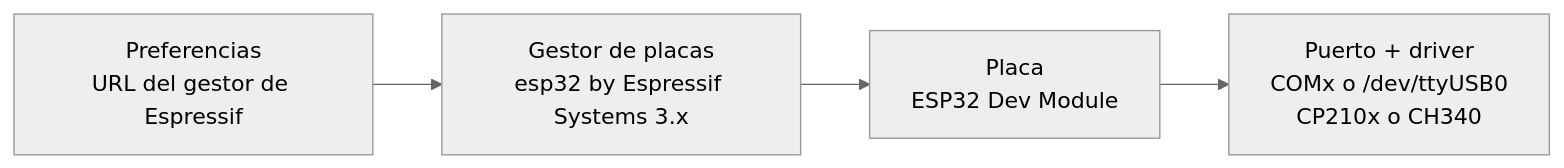
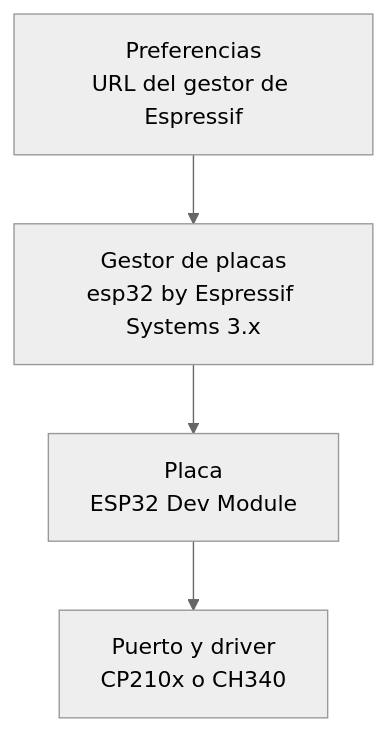
Before and after one commit to AlejandroTatum/sistemas-digitales-unl: the ninth of 10 diagrams in unidad-1/apuntes/03-del-avr-al-esp32.md, drawn with Mermaid (neutral theme). The commit also changed other lines of this file and 16 other files, not shown here.

````diff
--- a/unidad-1/apuntes/03-del-avr-al-esp32.md
+++ b/unidad-1/apuntes/03-del-avr-al-esp32.md
@@ -264,6 +251,6 @@
 ```mermaid
-flowchart LR
+flowchart TD
     A["Preferencias<br/>URL del gestor de Espressif"] --> B["Gestor de placas<br/>esp32 by Espressif Systems 3.x"]
     B --> C["Placa<br/>ESP32 Dev Module"]
-    C --> D["Puerto + driver<br/>COMx o /dev/ttyUSB0<br/>CP210x o CH340"]
+    C --> D["Puerto y driver<br/>CP210x o CH340"]
 ```
````
